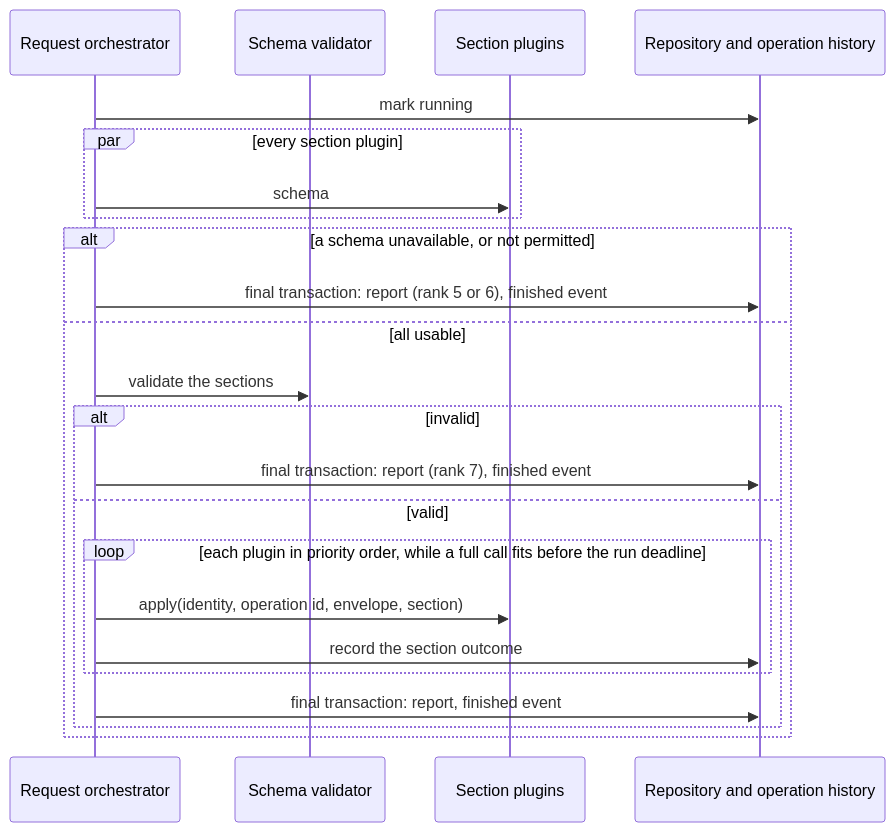
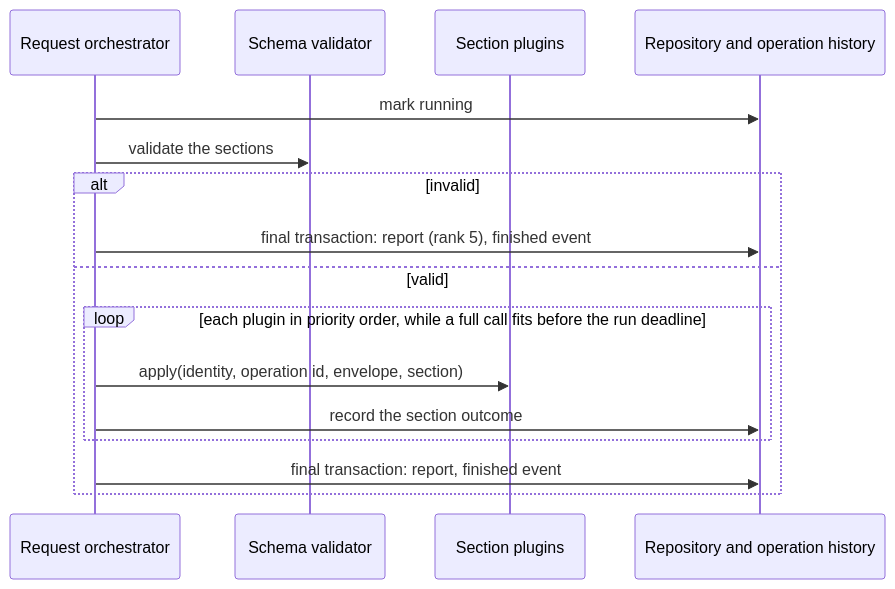
One commit to constructorfabric/gears-rust changed the fifth of 6 diagrams in gears/system/application-manager/docs/DESIGN.md. Above: the diagram before and after it, drawn with Mermaid. The commit also changed other lines of this file and 6 other files, not shown here.

Commit message:
Compile schema at startup

````diff
--- a/gears/system/application-manager/docs/DESIGN.md
+++ b/gears/system/application-manager/docs/DESIGN.md
@@ -649,25 +639,18 @@
 ```mermaid
 sequenceDiagram
     participant O as Request orchestrator
     participant V as Schema validator
     participant P as Section plugins
     participant R as Repository and operation history
     O ->> R: mark running
-    par every section plugin
-        O ->> P: schema
-    end
-    alt a schema unavailable, or not permitted
-        O ->> R: final transaction: report (rank 5 or 6), finished event
-    else all usable
-        O ->> V: validate the sections
-        alt invalid
-            O ->> R: final transaction: report (rank 7), finished event
-        else valid
-            loop each plugin in priority order, while a full call fits before the run deadline
-                O ->> P: apply(identity, operation id, envelope, section)
-                O ->> R: record the section outcome
-            end
-            O ->> R: final transaction: report, finished event
+    O ->> V: validate the sections
+    alt invalid
+        O ->> R: final transaction: report (rank 5), finished event
+    else valid
+        loop each plugin in priority order, while a full call fits before the run deadline
+            O ->> P: apply(identity, operation id, envelope, section)
+            O ->> R: record the section outcome
         end
+        O ->> R: final transaction: report, finished event
     end
 ```
````
